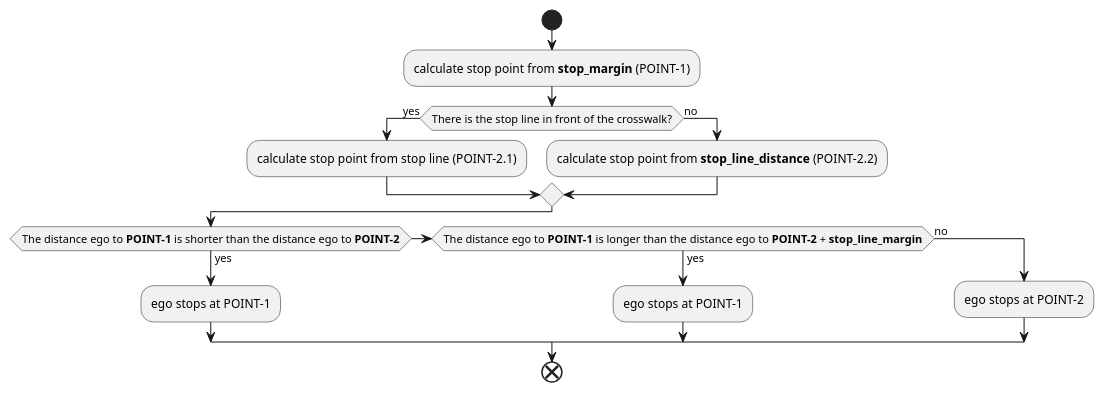
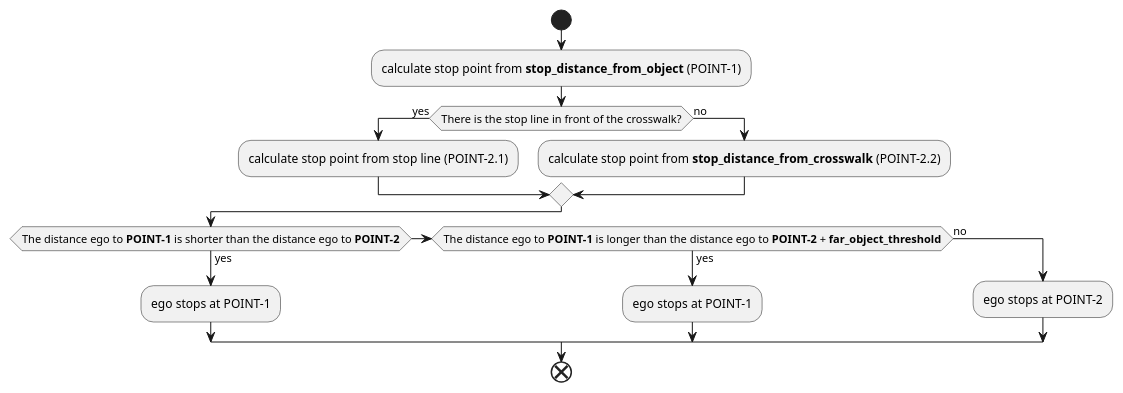
The first of 2 diagrams in planning/behavior_velocity_crosswalk_module/README.md (autowarefoundation/autoware), drawn with PlantUML before and after one commit. The commit also changed other lines of this file and 13 other files, not shown here.

````diff
--- a/planning/behavior_velocity_crosswalk_module/README.md
+++ b/planning/behavior_velocity_crosswalk_module/README.md
@@ -132,17 +132,17 @@
 ```plantuml
 start
-:calculate stop point from **stop_margin** (POINT-1);
+:calculate stop point from **stop_distance_from_object** (POINT-1);
 if (There is the stop line in front of the crosswalk?) then (yes)
   :calculate stop point from stop line (POINT-2.1);
 else (no)
-  :calculate stop point from **stop_line_distance** (POINT-2.2);
+  :calculate stop point from **stop_distance_from_crosswalk** (POINT-2.2);
 endif
 if (The distance ego to **POINT-1** is shorter than the distance ego to **POINT-2**) then (yes)
   :ego stops at POINT-1;
-else if (The distance ego to **POINT-1** is longer than the distance ego to **POINT-2** + **stop_line_margin**) then (yes)
+else if (The distance ego to **POINT-1** is longer than the distance ego to **POINT-2** + **far_object_threshold**) then (yes)
   :ego stops at POINT-1;
 else (no)
   :ego stops at POINT-2;
 endif
 end
 ```
````
